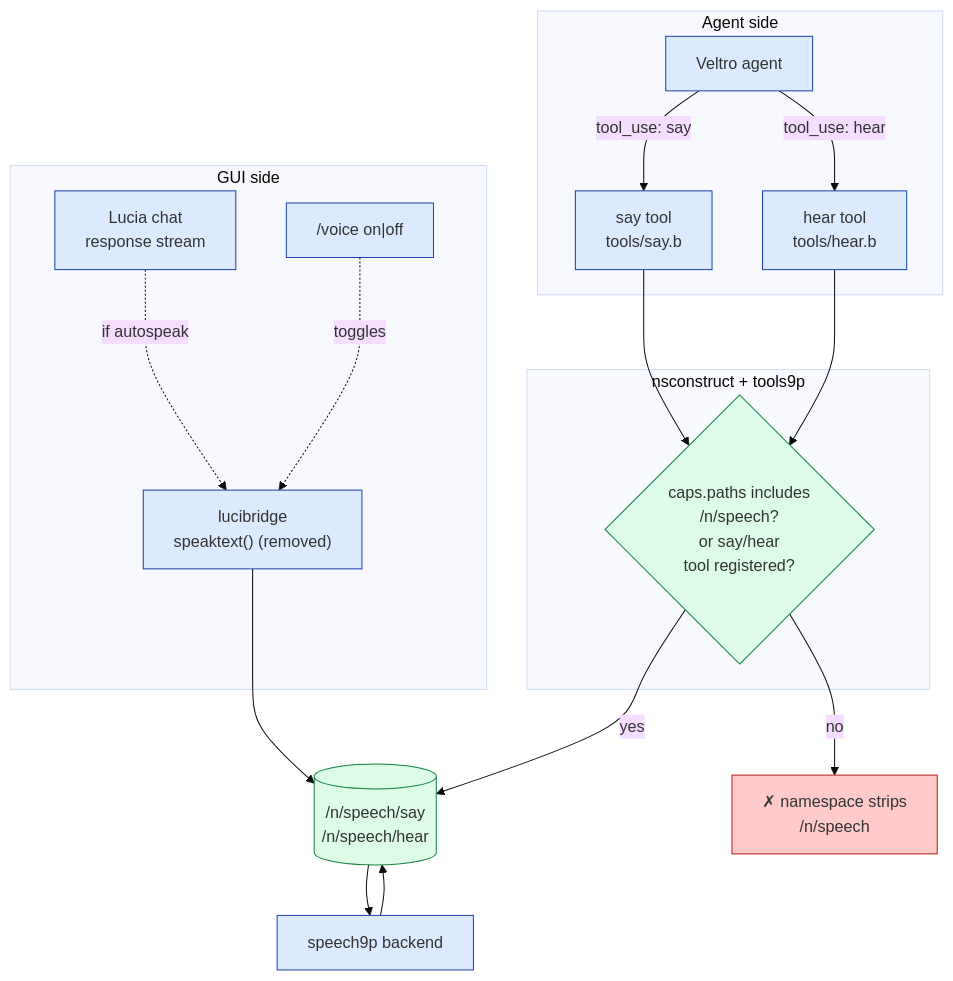
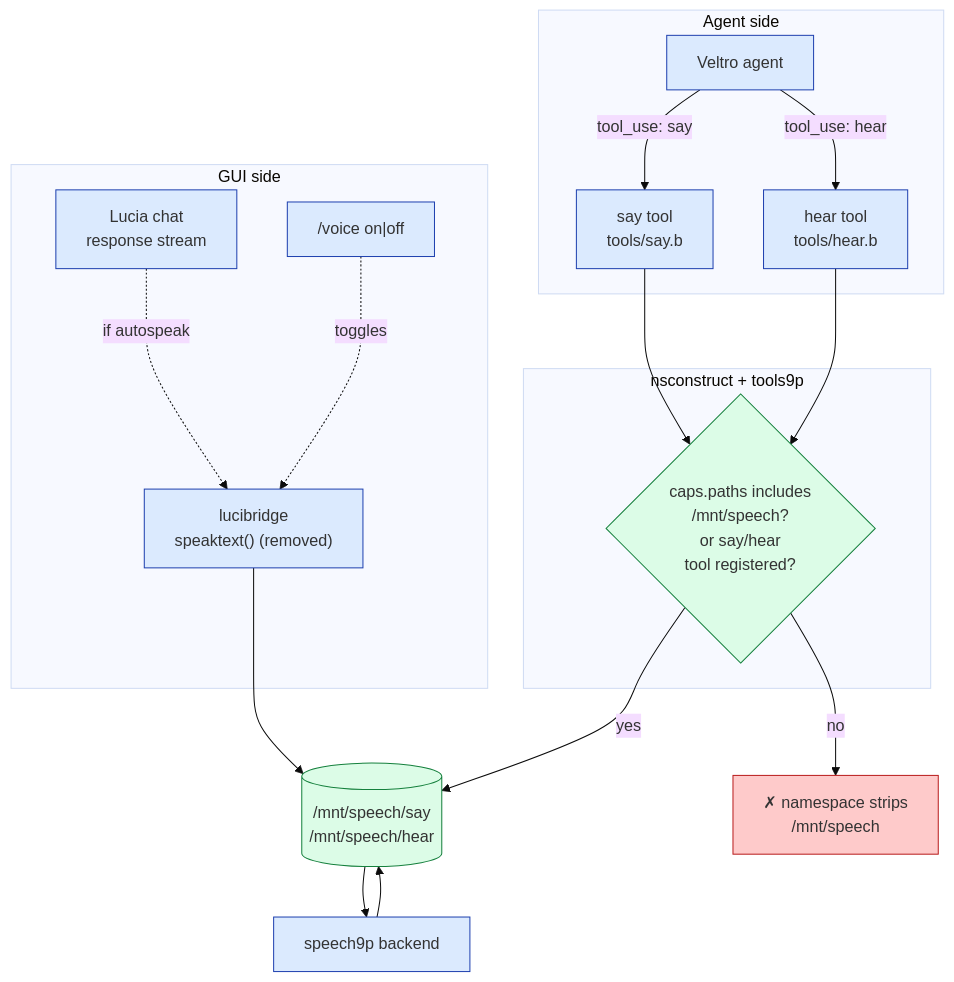
One commit to infernode-os/infernode changed diagram 11 of 16 in docs/SPEECH-ARCHITECTURE.md. Above: the diagram before and after it, drawn with Mermaid (base theme). The commit also changed other lines of this file and 30 other files, not shown here.

First line of the commit message:
speech9p: mount at /mnt/speech, not /n/speech

````diff
--- a/docs/SPEECH-ARCHITECTURE.md
+++ b/docs/SPEECH-ARCHITECTURE.md
@@ -408,38 +408,38 @@
 ```mermaid
 flowchart TB
     subgraph agentside["Agent side"]
         agent["Veltro agent"]
         sayTool["say tool<br/>tools/say.b"]
         hearTool["hear tool<br/>tools/hear.b"]
         agent -- "tool_use: say" --> sayTool
         agent -- "tool_use: hear" --> hearTool
     end
 
     subgraph guiside["GUI side"]
         chat["Lucia chat<br/>response stream"]
         bridge["lucibridge<br/>speaktext() (removed)"]
         slash["/voice on|off"]
         chat -. "if autospeak" .-> bridge
         slash -. toggles .-> bridge
     end
 
     subgraph nsgate["nsconstruct + tools9p"]
-        gate{caps.paths includes<br/>/n/speech?<br/>or say/hear<br/>tool registered?}
+        gate{caps.paths includes<br/>/mnt/speech?<br/>or say/hear<br/>tool registered?}
     end
 
     sayTool --> gate
     hearTool --> gate
-    gate -- yes --> mount[("/n/speech/say<br/>/n/speech/hear")]
-    gate -- no --> blocked["✗ namespace strips<br/>/n/speech"]
+    gate -- yes --> mount[("/mnt/speech/say<br/>/mnt/speech/hear")]
+    gate -- no --> blocked["✗ namespace strips<br/>/mnt/speech"]
 
     bridge --> mount
     speech9p["speech9p backend"] --> mount
     mount --> speech9p
 
     classDef good fill:#dcfce7,stroke:#15803d
     classDef bad fill:#fecaca,stroke:#b91c1c
     classDef proc fill:#dbeafe,stroke:#1e40af
     class blocked bad
     class mount,gate good
     class agent,sayTool,hearTool,chat,bridge,slash,speech9p proc
 ```
````
